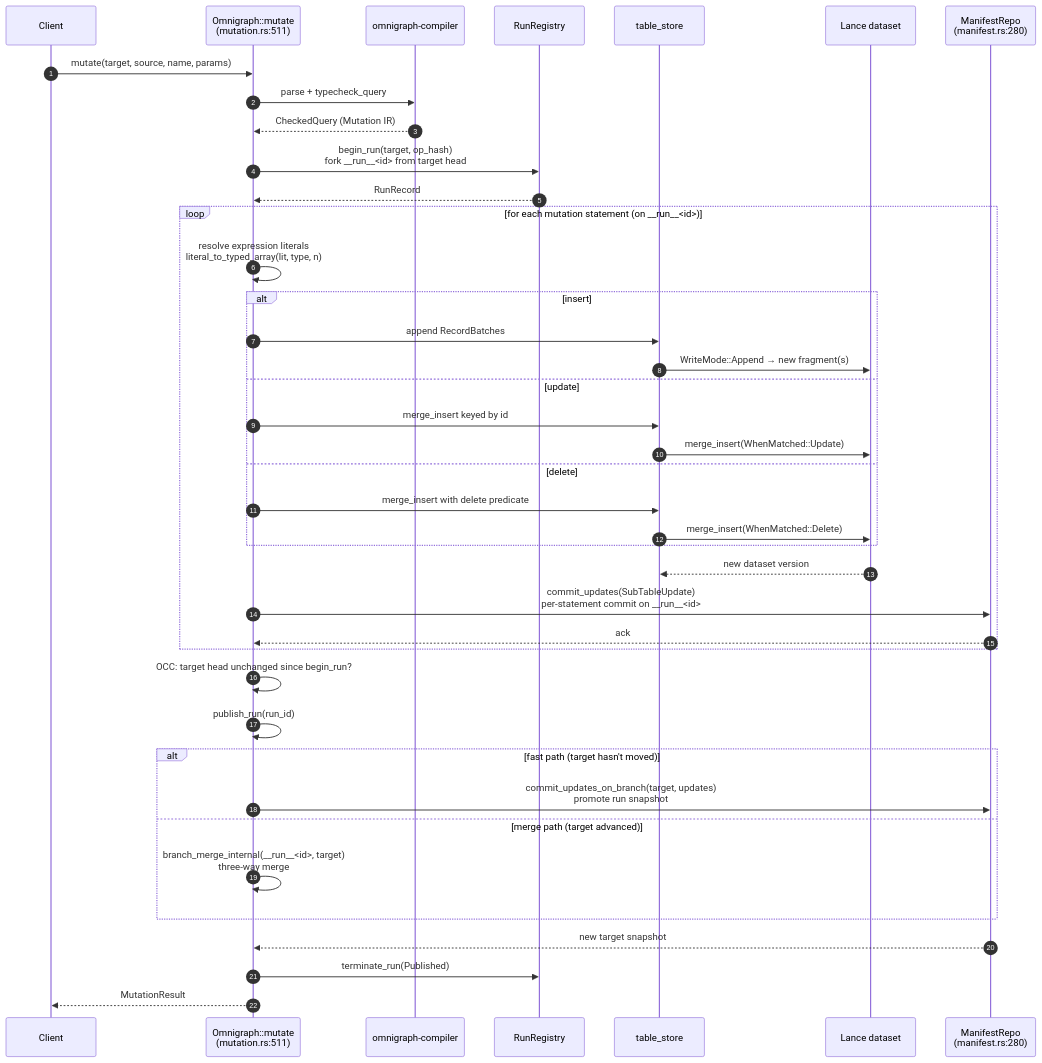
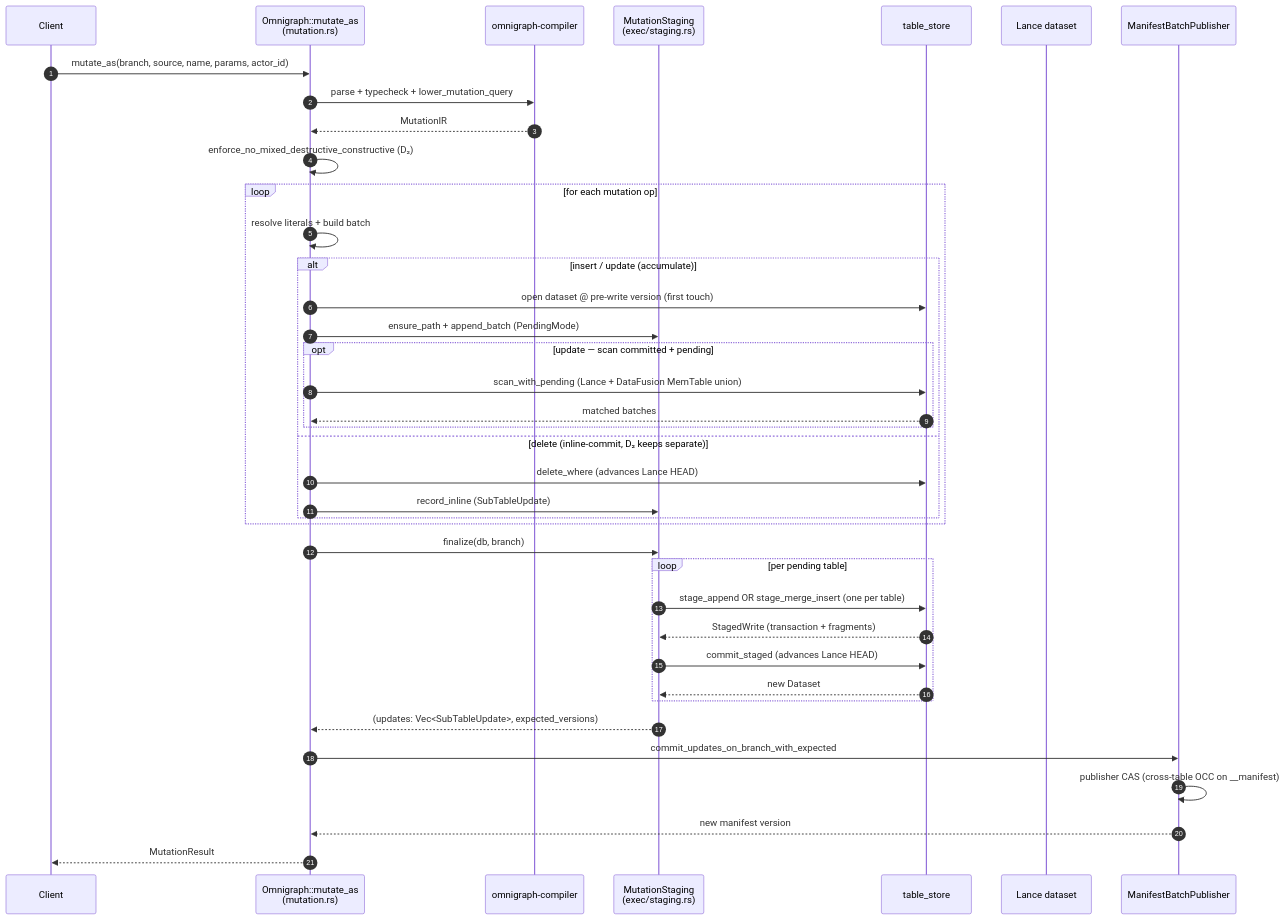
Before and after one commit to ModernRelay/omnigraph: the second of 2 diagrams in docs/execution.md, drawn with Mermaid. The commit also changed other lines of this file and 13 other files, not shown here.

First line of the commit message:
MR-794 step 2: docs — runs/invariants/architecture/execution + cleanup

````diff
--- a/docs/execution.md
+++ b/docs/execution.md
@@ -92,43 +95,42 @@
 ```mermaid
 sequenceDiagram
     autonumber
     participant client as Client
-    participant og as Omnigraph::mutate<br/>(mutation.rs:511)
+    participant og as Omnigraph::mutate_as<br/>(mutation.rs)
     participant cmp as omnigraph-compiler
-    participant runs as RunRegistry
+    participant stg as MutationStaging<br/>(exec/staging.rs)
     participant ts as table_store
     participant lance as Lance dataset
-    participant mr as ManifestRepo<br/>(manifest.rs:280)
+    participant pub as ManifestBatchPublisher
 
-    client->>og: mutate(target, source, name, params)
-    og->>cmp: parse + typecheck_query
-    cmp-->>og: CheckedQuery (Mutation IR)
-    og->>runs: begin_run(target, op_hash)<br/>fork __run__<id> from target head
-    runs-->>og: RunRecord
-    loop for each mutation statement (on __run__<id>)
-        og->>og: resolve expression literals<br/>literal_to_typed_array(lit, type, n)
-        alt insert
-            og->>ts: append RecordBatches
-            ts->>lance: WriteMode::Append → new fragment(s)
-        else update
-            og->>ts: merge_insert keyed by id
-            ts->>lance: merge_insert(WhenMatched::Update)
-        else delete
-            og->>ts: merge_insert with delete predicate
-            ts->>lance: merge_insert(WhenMatched::Delete)
+    client->>og: mutate_as(branch, source, name, params, actor_id)
+    og->>cmp: parse + typecheck + lower_mutation_query
+    cmp-->>og: MutationIR
+    og->>og: enforce_no_mixed_destructive_constructive (D₂)
+    loop for each mutation op
+        og->>og: resolve literals + build batch
+        alt insert / update (accumulate)
+            og->>ts: open dataset @ pre-write version (first touch)
+            og->>stg: ensure_path + append_batch (PendingMode)
+            opt update — scan committed + pending
+                og->>ts: scan_with_pending (Lance + DataFusion MemTable union)
+                ts-->>og: matched batches
+            end
+        else delete (inline-commit, D₂ keeps separate)
+            og->>ts: delete_where (advances Lance HEAD)
+            og->>stg: record_inline (SubTableUpdate)
         end
-        lance-->>ts: new dataset version
-        og->>mr: commit_updates(SubTableUpdate)<br/>per-statement commit on __run__<id>
-        mr-->>og: ack
     end
-    og->>og: OCC: target head unchanged since begin_run?
-    og->>og: publish_run(run_id)
-    alt fast path (target hasn't moved)
-        og->>mr: commit_updates_on_branch(target, updates)<br/>promote run snapshot
-    else merge path (target advanced)
-        og->>og: branch_merge_internal(__run__<id>, target)<br/>three-way merge
+    og->>stg: finalize(db, branch)
+    loop per pending table
+        stg->>ts: stage_append OR stage_merge_insert (one per table)
+        ts-->>stg: StagedWrite (transaction + fragments)
+        stg->>ts: commit_staged (advances Lance HEAD)
+        ts-->>stg: new Dataset
     end
-    mr-->>og: new target snapshot
-    og->>runs: terminate_run(Published)
+    stg-->>og: (updates: Vec<SubTableUpdate>, expected_versions)
+    og->>pub: commit_updates_on_branch_with_expected
+    pub->>pub: publisher CAS (cross-table OCC on __manifest)
+    pub-->>og: new manifest version
     og-->>client: MutationResult
 ```
````
